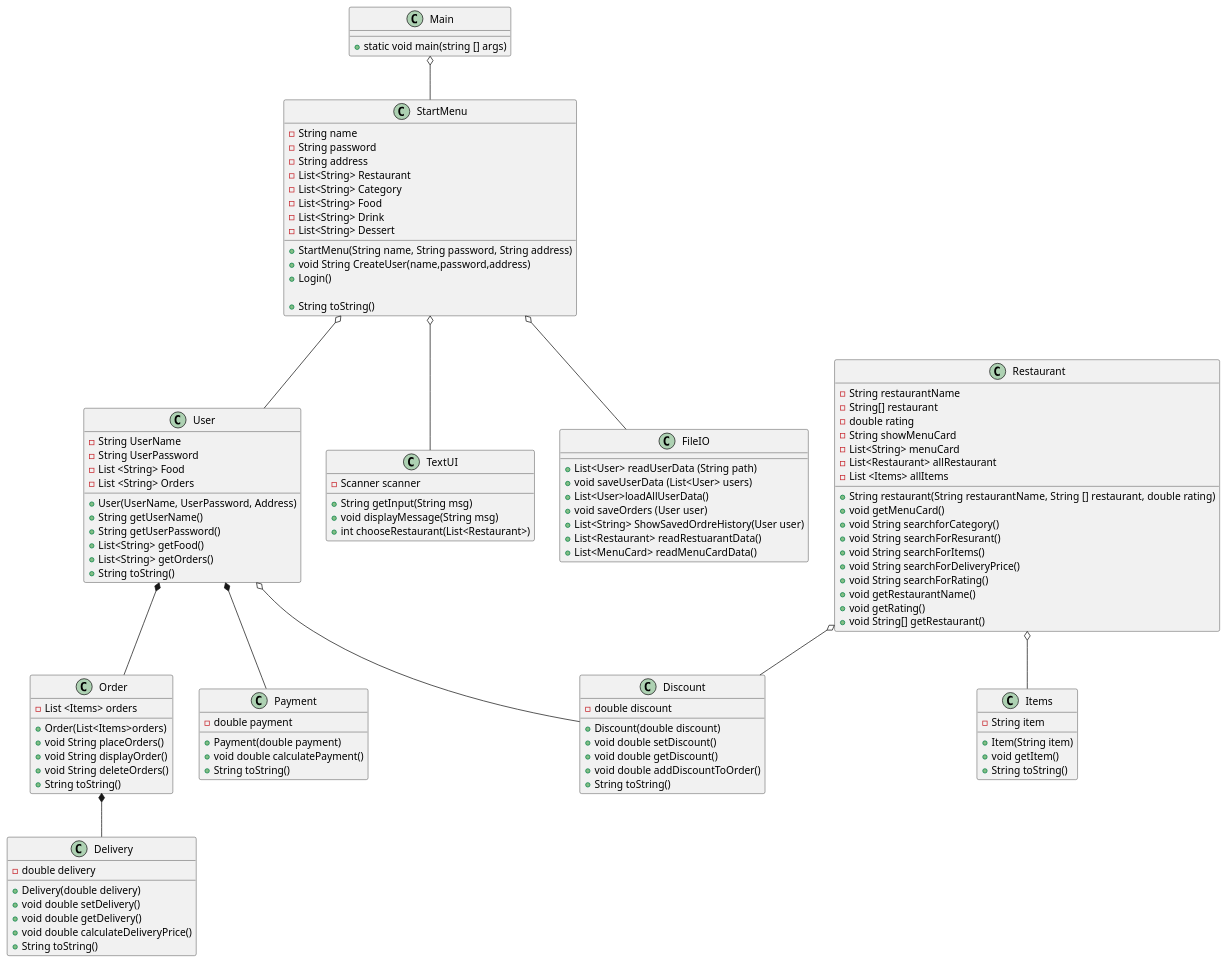
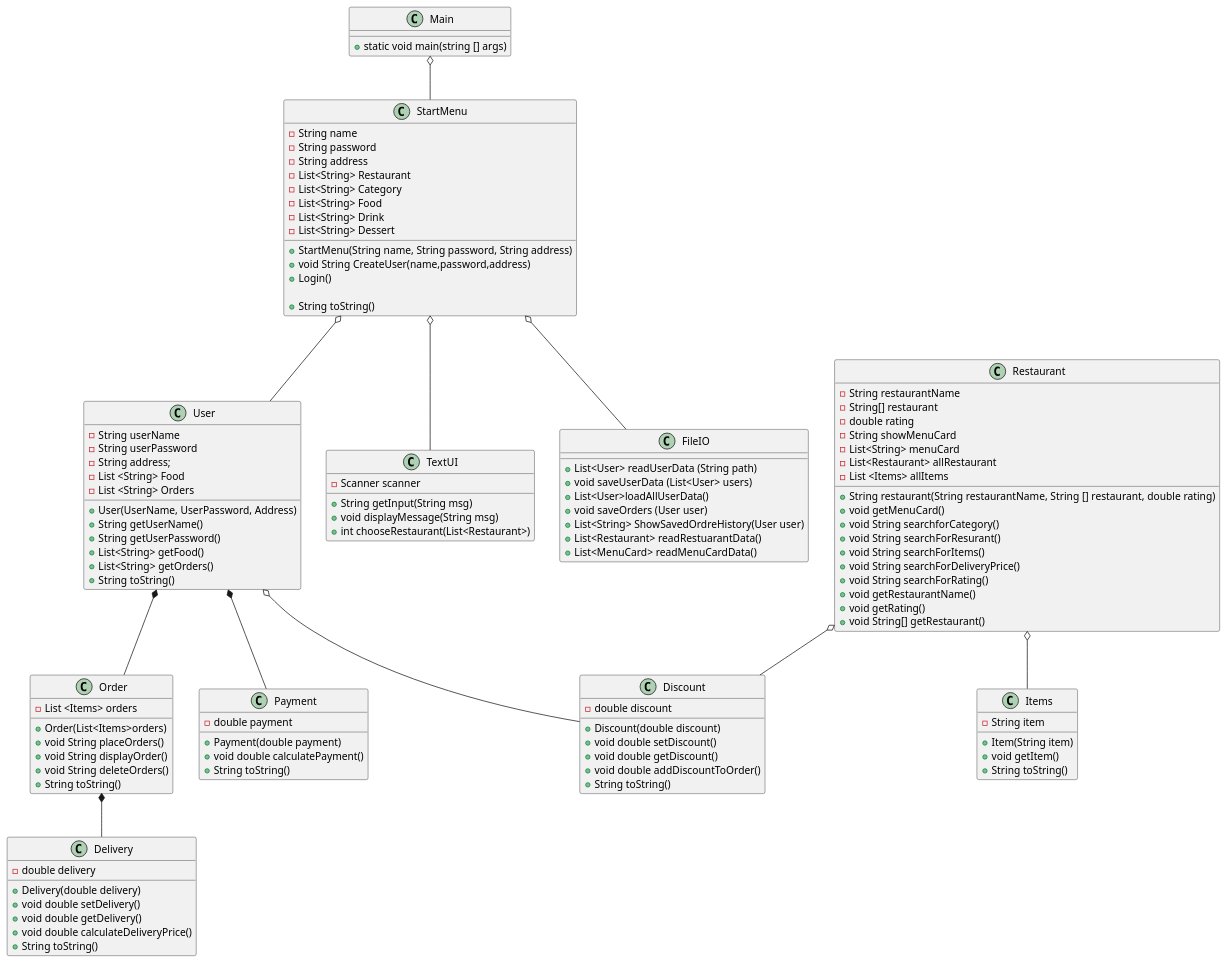
One commit to Madihakhan1/ICE-2024 changed the diagram in Doc/ClassDiagram1.1.puml. Above: the diagram before and after it, drawn with PlantUML. The commit also changed 1 other file, not shown here.

Commit message:
ClassDiagram1.1.puml & Userklasseupdateret

```diff
--- a/Doc/ClassDiagram1.1.puml
+++ b/Doc/ClassDiagram1.1.puml
@@ -1,147 +1,148 @@
 @startuml
 'https://plantuml.com/object-diagram
 
 class Main{
 + static void main(string [] args)
 }
 
 class StartMenu{
 - String name
 - String password
 - String address
 - List<String> Restaurant
 - List<String> Category
 - List<String> Food
 - List<String> Drink
 - List<String> Dessert
 
 + StartMenu(String name, String password, String address)
 + void String CreateUser(name,password,address)
 + Login()
 
 + String toString()
 }
 
 class User{
-- String UserName
-- String UserPassword
+- String userName
+- String userPassword
+- String address;
 - List <String> Food
 - List <String> Orders
 
 + User(UserName, UserPassword, Address)
 + String getUserName()
 + String getUserPassword()
 + List<String> getFood()
 + List<String> getOrders()
 + String toString()
 
 }
 
 
 class Order{
 - List <Items> orders
 
 + Order(List<Items>orders)
 + void String placeOrders()
 + void String displayOrder()
 + void String deleteOrders()
 + String toString()
 }
 
 class Delivery {
 - double delivery
 
 + Delivery(double delivery)
 + void double setDelivery()
 + void double getDelivery()
 + void double calculateDeliveryPrice()
 + String toString()
 }
 
 class Discount{
 - double discount
 
 + Discount(double discount)
 + void double setDiscount()
 + void double getDiscount()
 + void double addDiscountToOrder()
 + String toString()
 }
 
 class Payment{
 - double payment
 
 + Payment(double payment)
 + void double calculatePayment()
 + String toString()
 }
 
 
  class Restaurant{
 - String restaurantName
 - String[] restaurant
 - double rating
 - String showMenuCard
 - List<String> menuCard
 -List<Restaurant> allRestaurant
 -List <Items> allItems
 
 + String restaurant(String restaurantName, String [] restaurant, double rating)
 
 
 + void getMenuCard()
 + void String searchforCategory()
 + void String searchForResurant()
 + void String searchForItems()
 + void String searchForDeliveryPrice()
 + void String searchForRating()
 + void getRestaurantName()
 + void getRating()
 + void String[] getRestaurant()
 }
 
 class Items{
 - String item
 
 + Item(String item)
 + void getItem()
 + String toString()
 }
 
 class TextUI{
 - Scanner scanner
 + String getInput(String msg)
 + void displayMessage(String msg)
 + int chooseRestaurant(List<Restaurant>)
 }
 
 class FileIO{
 + List<User> readUserData (String path)
 + void saveUserData (List<User> users)
 + List<User>loadAllUserData()
 + void saveOrders (User user)
 + List<String> ShowSavedOrdreHistory(User user)
 + List<Restaurant> readRestuarantData()
 + List<MenuCard> readMenuCardData()
 }
 
 
 Main o-- StartMenu
 
 StartMenu o-- TextUI
 StartMenu o-- FileIO
 StartMenu o-- User
 
 User *-- Payment
 User *-- Order
 User o-- Discount
 
 Order *-- Delivery
 
 
 Restaurant o-- Items
 Restaurant o-- Discount
 
 
 
 @enduml
```
